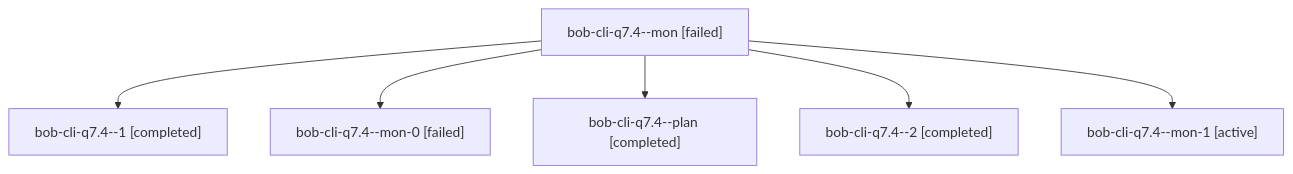
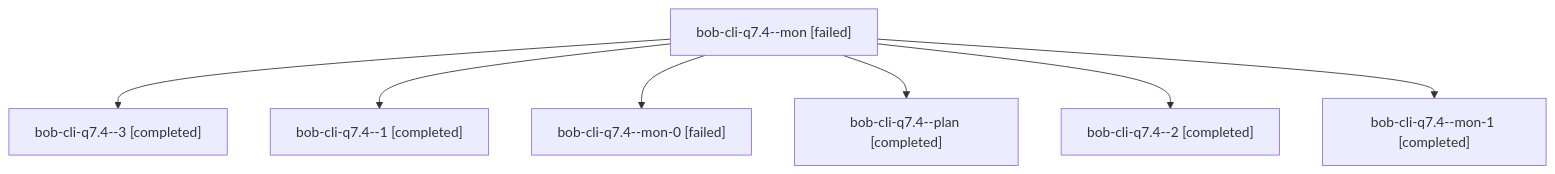
One commit to bobs-org/bob-cli--agents changed the diagram in sessions/bbugyi200.athena.bob-cli-q7.4.md. Above: the diagram before and after it, drawn with Mermaid. The commit also changed other lines of this file and 57 other files, not shown here.

````diff
--- a/sessions/bbugyi200.athena.bob-cli-q7.4.md
+++ b/sessions/bbugyi200.athena.bob-cli-q7.4.md
@@ -9,14 +9,16 @@
 ```mermaid
 flowchart TD
   n0["bob-cli-q7.4--mon [failed]"]
-  n1["bob-cli-q7.4--1 [completed]"]
+  n1["bob-cli-q7.4--3 [completed]"]
   n0 --> n1
-  n2["bob-cli-q7.4--mon-0 [failed]"]
+  n2["bob-cli-q7.4--1 [completed]"]
   n0 --> n2
-  n3["bob-cli-q7.4--plan [completed]"]
+  n3["bob-cli-q7.4--mon-0 [failed]"]
   n0 --> n3
-  n4["bob-cli-q7.4--2 [completed]"]
+  n4["bob-cli-q7.4--plan [completed]"]
   n0 --> n4
-  n5["bob-cli-q7.4--mon-1 [active]"]
+  n5["bob-cli-q7.4--2 [completed]"]
   n0 --> n5
+  n6["bob-cli-q7.4--mon-1 [completed]"]
+  n0 --> n6
 ```
````
